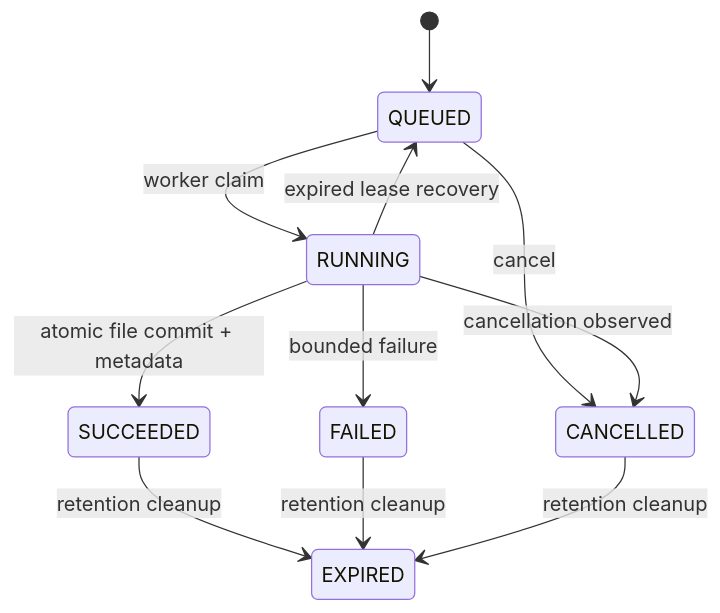
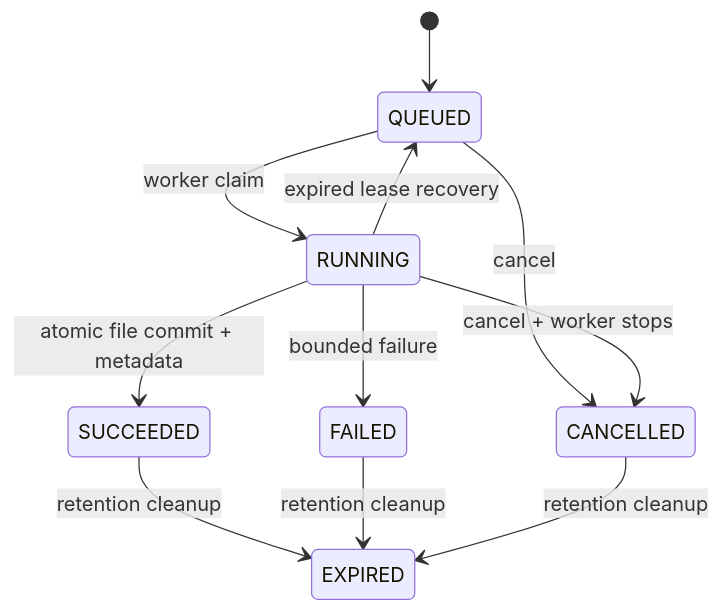
One commit to ChenhuaFan/house-price-estimator changed the second of 2 diagrams in docs/spring-boot-technical-design.md. Above: the diagram before and after it, drawn with Mermaid. The commit also changed other lines of this file and 186 other files, not shown here.

````diff
--- a/docs/spring-boot-technical-design.md
+++ b/docs/spring-boot-technical-design.md
@@ -611,13 +668,13 @@
 ```mermaid
 stateDiagram-v2
     [*] --> QUEUED
     QUEUED --> RUNNING: worker claim
     QUEUED --> CANCELLED: cancel
     RUNNING --> SUCCEEDED: atomic file commit + metadata
     RUNNING --> FAILED: bounded failure
-    RUNNING --> CANCELLED: cancellation observed
+    RUNNING --> CANCELLED: cancel + worker stops
     RUNNING --> QUEUED: expired lease recovery
     SUCCEEDED --> EXPIRED: retention cleanup
     FAILED --> EXPIRED: retention cleanup
     CANCELLED --> EXPIRED: retention cleanup
 ```
````
